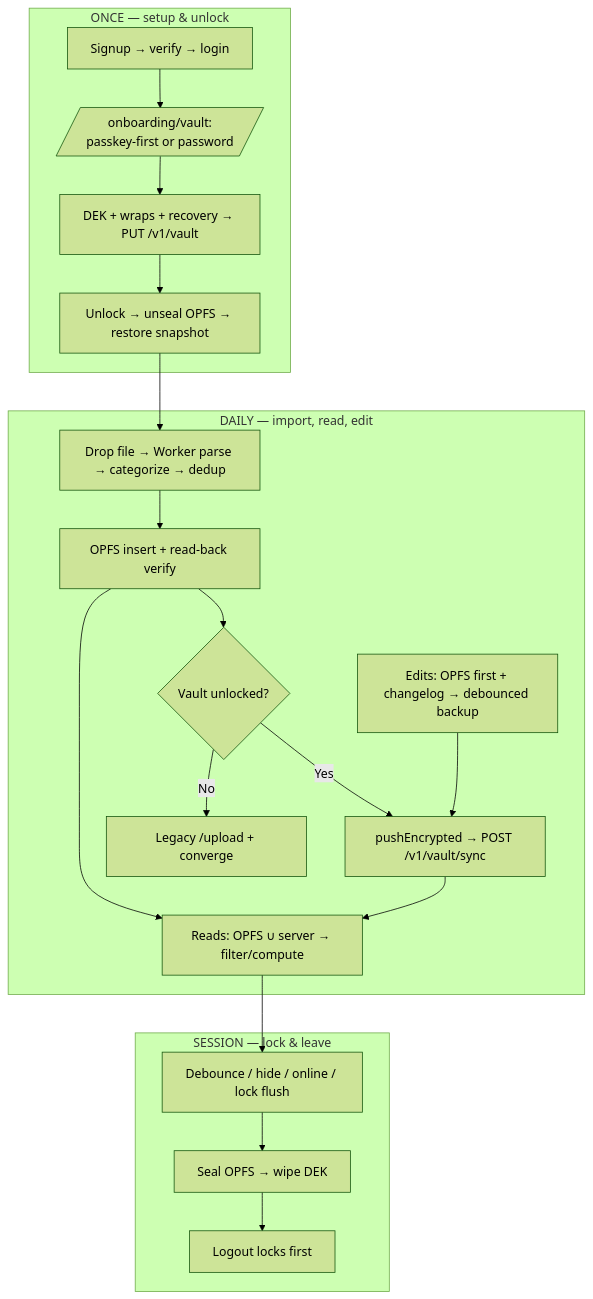
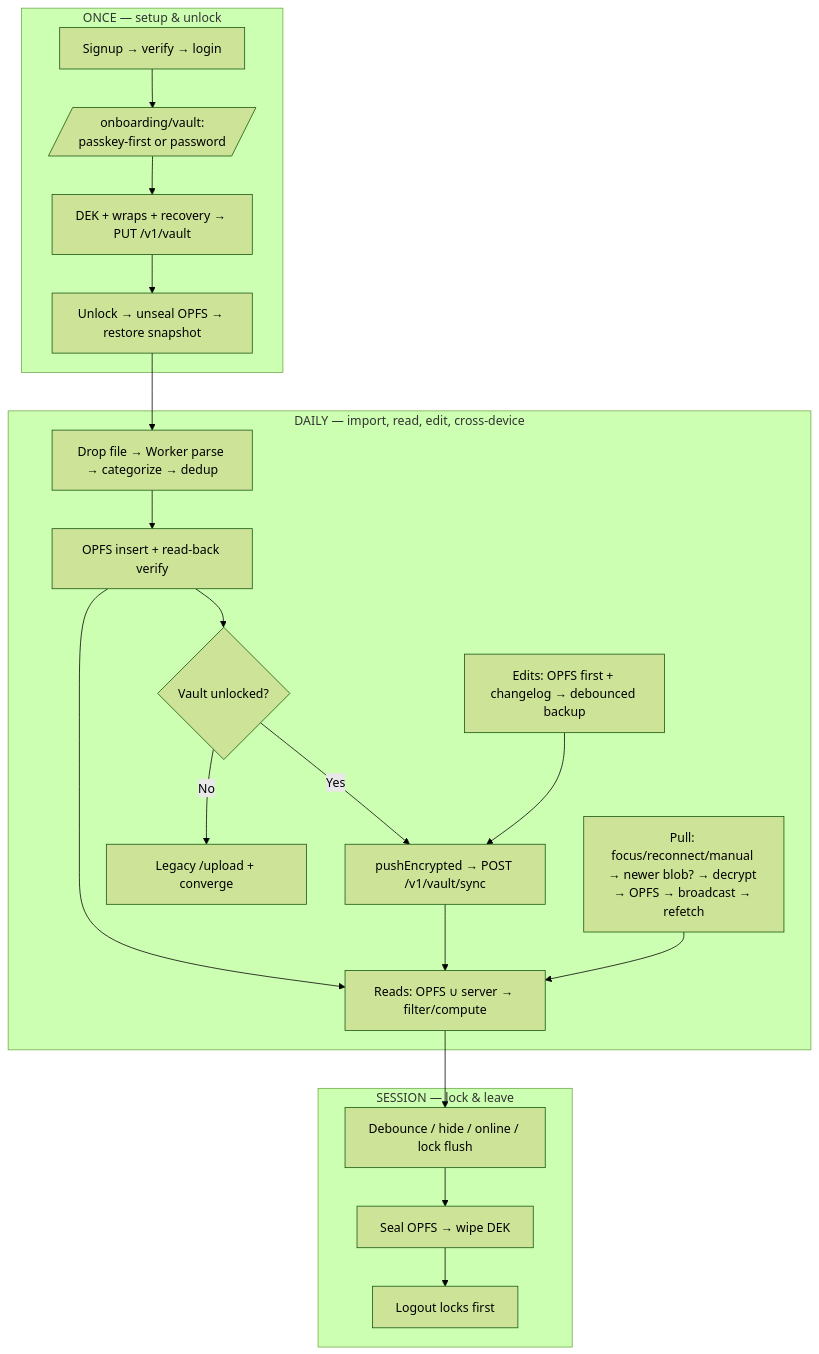
Before and after one commit to prodalignHQ/wridhy-oss: the diagram in docs/dev/code-walkthrough/local-first-super-secure/README.md, drawn with Mermaid (forest theme). The commit also changed 9 other files, not shown here.

First line of the commit message:
docs: DONE 005 cross-device sync + walkthrough updates for latest

````diff
--- a/docs/dev/code-walkthrough/local-first-super-secure/README.md
+++ b/docs/dev/code-walkthrough/local-first-super-secure/README.md
@@ -19,31 +19,33 @@
 ```mermaid
 flowchart TB
     subgraph Setup["ONCE — setup & unlock"]
         S1[Signup → verify → login]
         S2[/onboarding/vault:\npasskey-first or password/]
         S3[DEK + wraps + recovery → PUT /v1/vault]
         S4[Unlock → unseal OPFS → restore snapshot]
     end
-    subgraph Daily["DAILY — import, read, edit"]
+    subgraph Daily["DAILY — import, read, edit, cross-device"]
         I1[Drop file → Worker parse → categorize → dedup]
         I2[OPFS insert + read-back verify]
         I3{Vault unlocked?}
         I4[pushEncrypted → POST /v1/vault/sync]
         I5[Legacy /upload + converge]
         R1[Reads: OPFS ∪ server → filter/compute]
         M1[Edits: OPFS first + changelog → debounced backup]
+        P1[Pull: focus/reconnect/manual → newer blob? → decrypt → OPFS → broadcast → refetch]
     end
     subgraph Session["SESSION — lock & leave"]
         L1[Debounce / hide / online / lock flush]
         L2[Seal OPFS → wipe DEK]
         L3[Logout locks first]
     end
     S1 --> S2 --> S3 --> S4 --> I1
     I1 --> I2 --> I3
     I3 -- Yes --> I4
     I3 -- No --> I5
     I2 --> R1
     M1 --> I4
     I4 --> R1
+    P1 --> R1
     R1 --> L1 --> L2 --> L3
 ```
````
